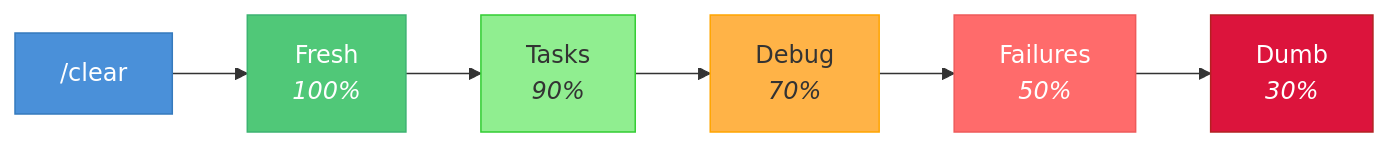
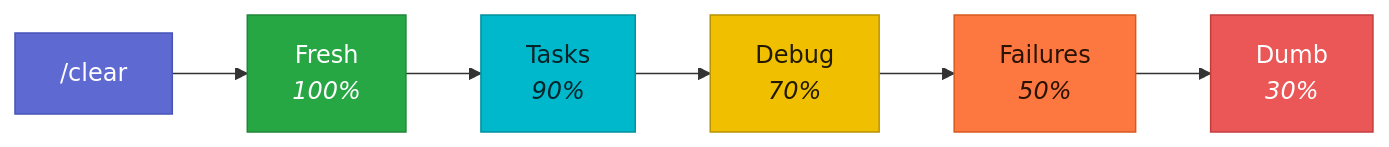
Before and after one commit to ao92265/claude-code-playbook: the fifth of 9 diagrams in README.md, drawn with Mermaid. The commit also changed other lines of this file and 2 other files, not shown here.

First line of the commit message:
docs: visual upgrade — branded hero, unified diagram design system (#14)

````diff
--- a/README.md
+++ b/README.md
@@ -478,16 +495,22 @@
 ```mermaid
 graph LR
     A["Fresh<br/><em>100%</em>"] --> B["Tasks<br/><em>90%</em>"]
     B --> C["Debug<br/><em>70%</em>"]
     C --> D["Failures<br/><em>50%</em>"]
     D --> E["Dumb<br/><em>30%</em>"]
 
     F["/clear"] --> A
 
-    style A fill:#50C878,stroke:#3CB371,color:#fff
-    style B fill:#90EE90,stroke:#32CD32,color:#333
-    style C fill:#FFB347,stroke:#FFA500,color:#333
-    style D fill:#FF6B6B,stroke:#EE5A5A,color:#fff
-    style E fill:#DC143C,stroke:#B22222,color:#fff
-    style F fill:#4A90D9,stroke:#357ABD,color:#fff
+    classDef success fill:#27A644,stroke:#1F8737,color:#FFFFFF
+    classDef teal fill:#00B8CC,stroke:#00919F,color:#04252A
+    classDef warn fill:#F0BF00,stroke:#B89200,color:#221A00
+    classDef orange fill:#FC7840,stroke:#D9581F,color:#2A1204
+    classDef danger fill:#EB5757,stroke:#C43D3D,color:#FFFFFF
+    classDef primary fill:#5E6AD2,stroke:#4653B8,color:#FFFFFF
+    class A success
+    class B teal
+    class C warn
+    class D orange
+    class E danger
+    class F primary
 ```
````
